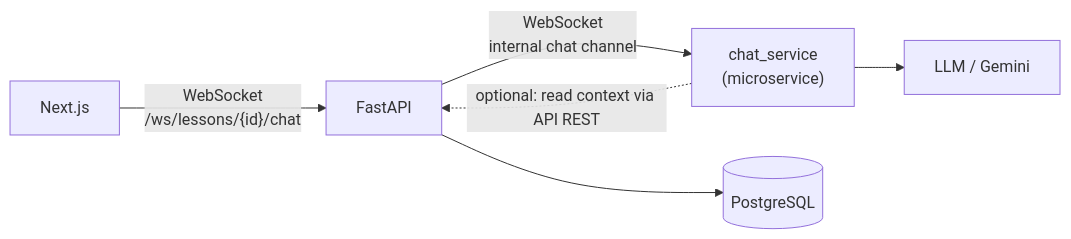
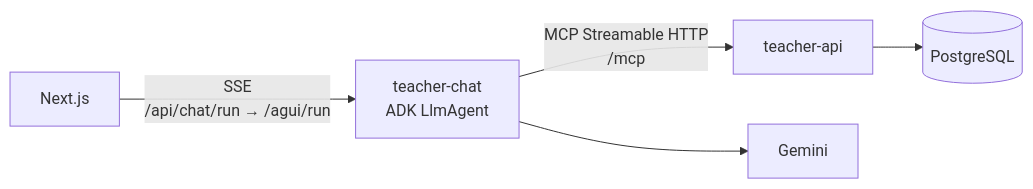
One commit to BasselSallam2/teacher-mock changed the first of 3 diagrams in docs/architecture/06-chat-service.md. Above: the diagram before and after it, drawn with Mermaid. The commit also changed other lines of this file and 10 other files, not shown here.

Commit message:
Enhance README and add system overview documentation; update media handling and lesson planning architecture. Introduce nested media folders and clarify production stack details.

````diff
--- a/docs/architecture/06-chat-service.md
+++ b/docs/architecture/06-chat-service.md
@@ -23,8 +39,7 @@
 ```mermaid
 flowchart LR
-  UI["Next.js"] -->|"WebSocket\n/ws/lessons/{id}/chat"| API["FastAPI"]
-  API -->|"WebSocket\ninternal chat channel"| Chat["chat_service\n(microservice)"]
-  Chat --> LLM["LLM / Gemini"]
+  UI["Next.js"] -->|"SSE\n/api/chat/run → /agui/run"| Chat["teacher-chat\nADK LlmAgent"]
+  Chat -->|"MCP Streamable HTTP\n/mcp"| API["teacher-api"]
+  Chat --> LLM["Gemini"]
   API --> PG[(PostgreSQL)]
-  Chat -.->|"optional: read context via API REST"| API
 ```
````
